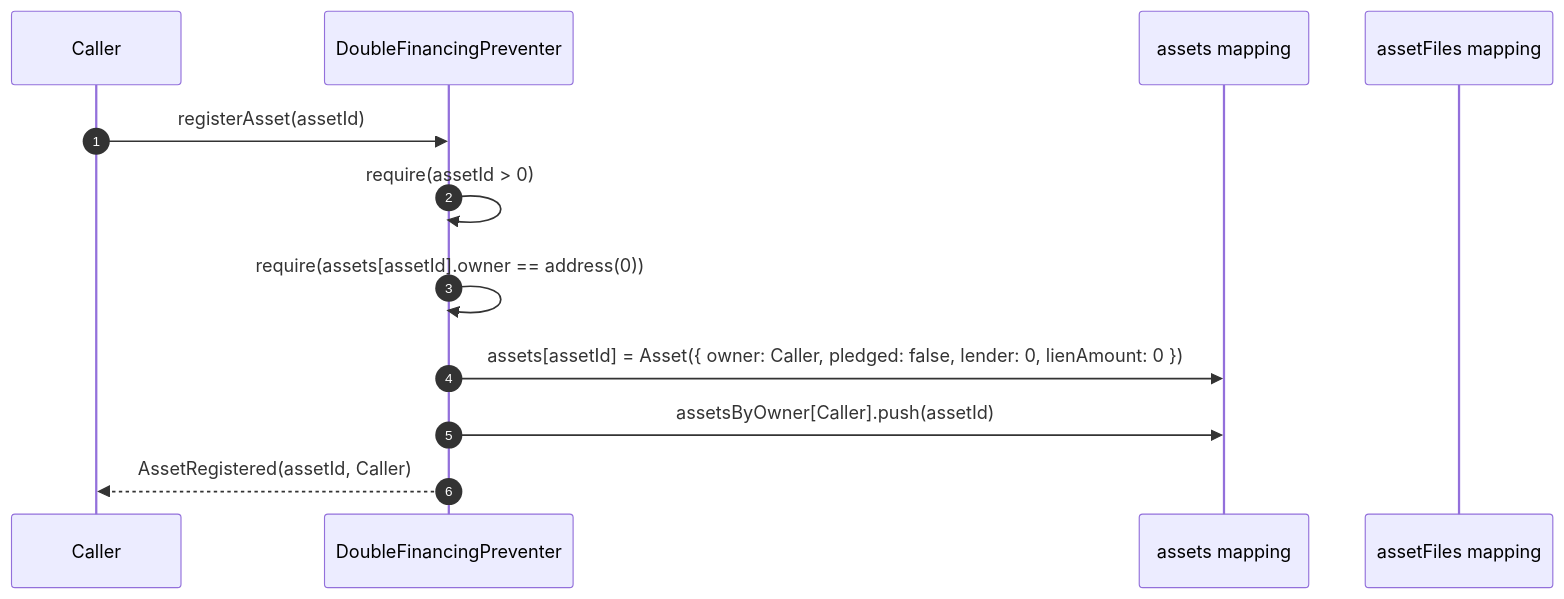
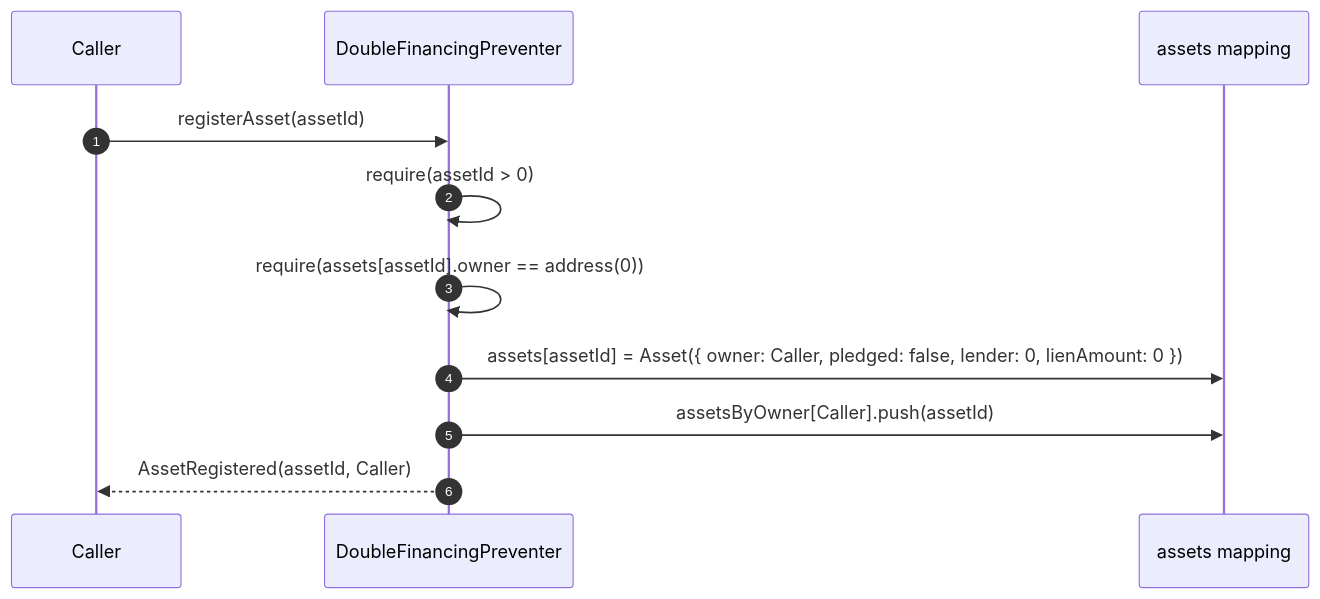
The diagram in docs/diagrams/01-registerAsset.mmd (SI-JsonWeb/hyperladger-besu), drawn with Mermaid before and after one commit. The commit also changed 6 other files, not shown here.

Commit message:
feat: update diagram

````diff
--- a/docs/diagrams/01-registerAsset.mmd
+++ b/docs/diagrams/01-registerAsset.mmd
@@ -1,15 +1,14 @@
 ```mermaid
 sequenceDiagram
     autonumber
     participant Caller
     participant Contract as DoubleFinancingPreventer
     participant State as assets mapping
-    participant FileStore as assetFiles mapping
 
     Caller->>Contract: registerAsset(assetId)
     Contract->>Contract: require(assetId > 0)
     Contract->>Contract: require(assets[assetId].owner == address(0))
     Contract->>State: assets[assetId] = Asset({ owner: Caller, pledged: false, lender: 0, lienAmount: 0 })
     Contract->>State: assetsByOwner[Caller].push(assetId)
     Contract-->>Caller: AssetRegistered(assetId, Caller)
 ```
````
